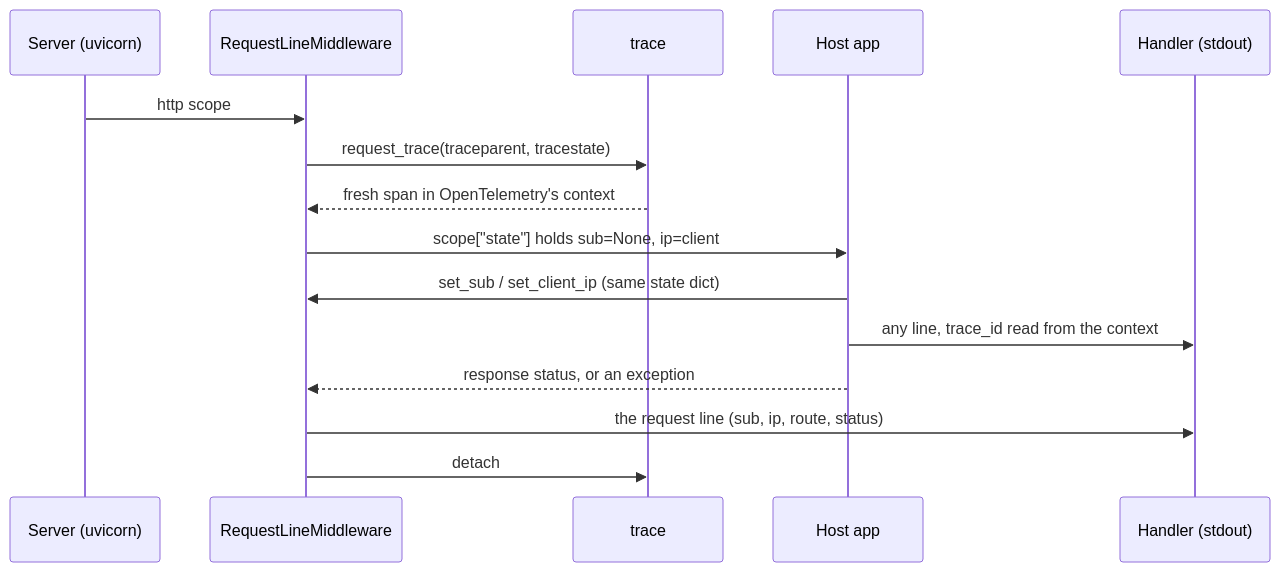
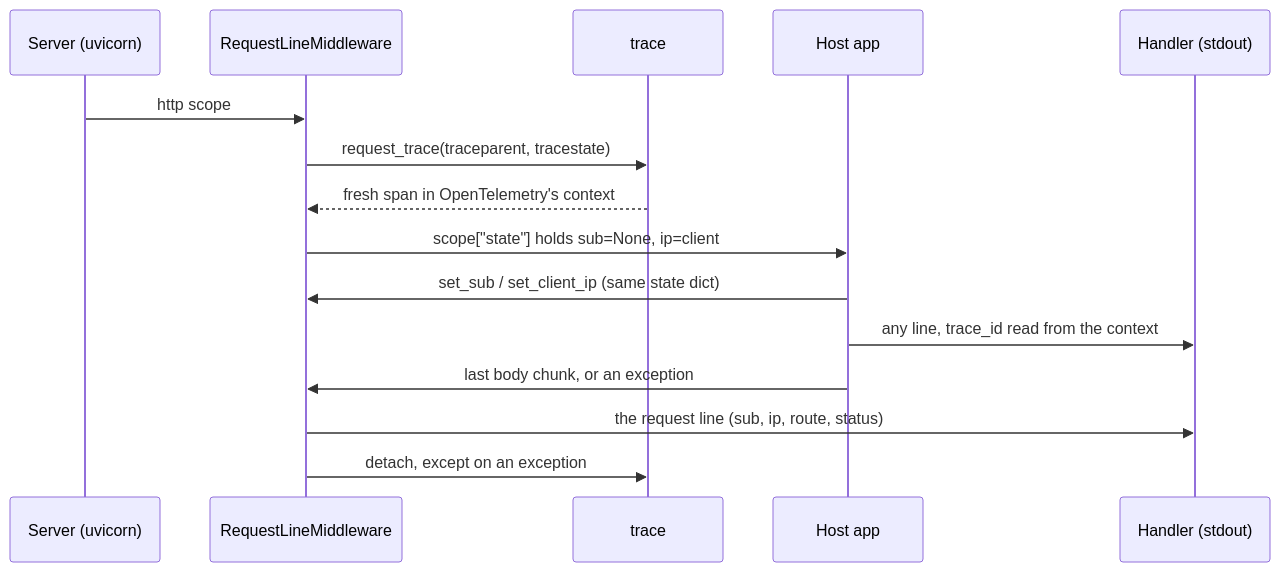
The second of 2 diagrams in docs/ARCHITECTURE.md (overnightworks/logline), drawn with Mermaid before and after one commit. The commit also changed other lines of this file and 5 other files, not shown here.

First line of the commit message:
Write the request line when the last body chunk is sent

````diff
--- a/docs/ARCHITECTURE.md
+++ b/docs/ARCHITECTURE.md
@@ -40,17 +40,17 @@
 ```mermaid
 sequenceDiagram
     participant S as Server (uvicorn)
     participant M as RequestLineMiddleware
     participant T as trace
     participant A as Host app
     participant L as Handler (stdout)
     S->>M: http scope
     M->>T: request_trace(traceparent, tracestate)
     T-->>M: fresh span in OpenTelemetry's context
     M->>A: scope["state"] holds sub=None, ip=client
     A->>M: set_sub / set_client_ip (same state dict)
     A->>L: any line, trace_id read from the context
-    A-->>M: response status, or an exception
+    A->>M: last body chunk, or an exception
     M->>L: the request line (sub, ip, route, status)
-    M->>T: detach
+    M->>T: detach, except on an exception
 ```
````
